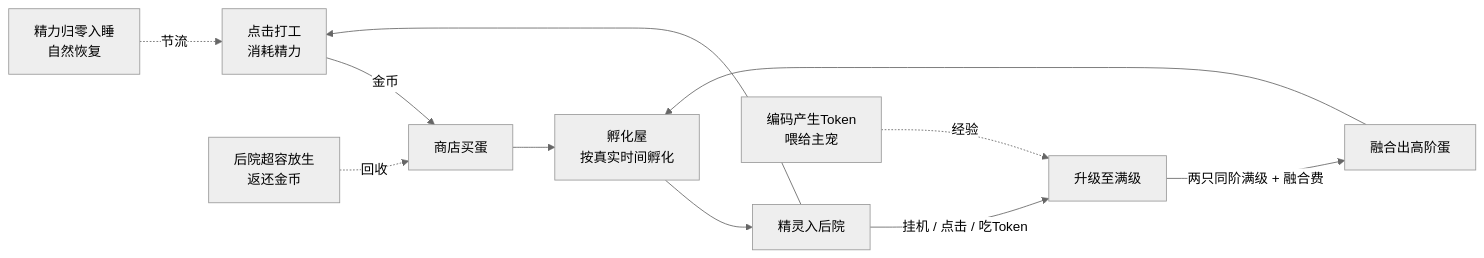
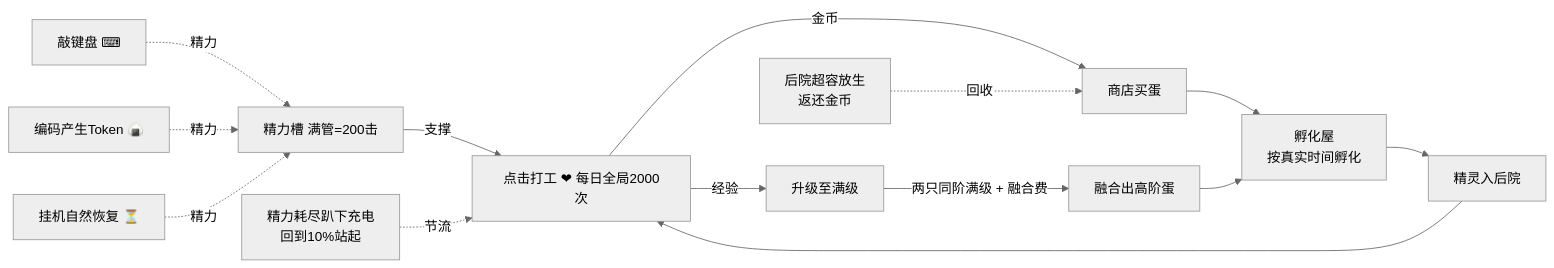
One commit to SpecterMyth/Gulugulu changed the diagram in docs/gdd/CoreGameplay.md. Above: the diagram before and after it, drawn with Mermaid (neutral theme). The commit also changed other lines of this file and 785 other files, not shown here.

````diff
--- a/docs/gdd/CoreGameplay.md
+++ b/docs/gdd/CoreGameplay.md
@@ -21,13 +22,16 @@
 ```mermaid
 flowchart LR
-  W[点击打工<br>消耗精力] -->|金币| S[商店买蛋]
+  K[敲键盘 ⌨] -.精力.-> E[精力槽 满管=200击]
+  T[编码产生Token 🍙] -.精力.-> E
+  I[挂机自然恢复 ⏳] -.精力.-> E
+  E -->|支撑| W[点击打工 ❤ 每日全局2000次]
+  W -->|金币| S[商店买蛋]
+  W -->|经验| L[升级至满级]
   S --> H[孵化屋<br>按真实时间孵化]
   H --> Y[精灵入后院]
-  Y -->|挂机 / 点击 / 吃Token| L[升级至满级]
   L -->|两只同阶满级 + 融合费| F[融合出高阶蛋]
   F --> H
   Y --> W
-  Z[精力归零入睡<br>自然恢复] -.节流.-> W
+  Z[精力耗尽趴下充电<br>回到10%站起] -.节流.-> W
   R[后院超容放生<br>返还金币] -.回收.-> S
-  T[编码产生Token<br>喂给主宠] -.经验.-> L
 ```
````
